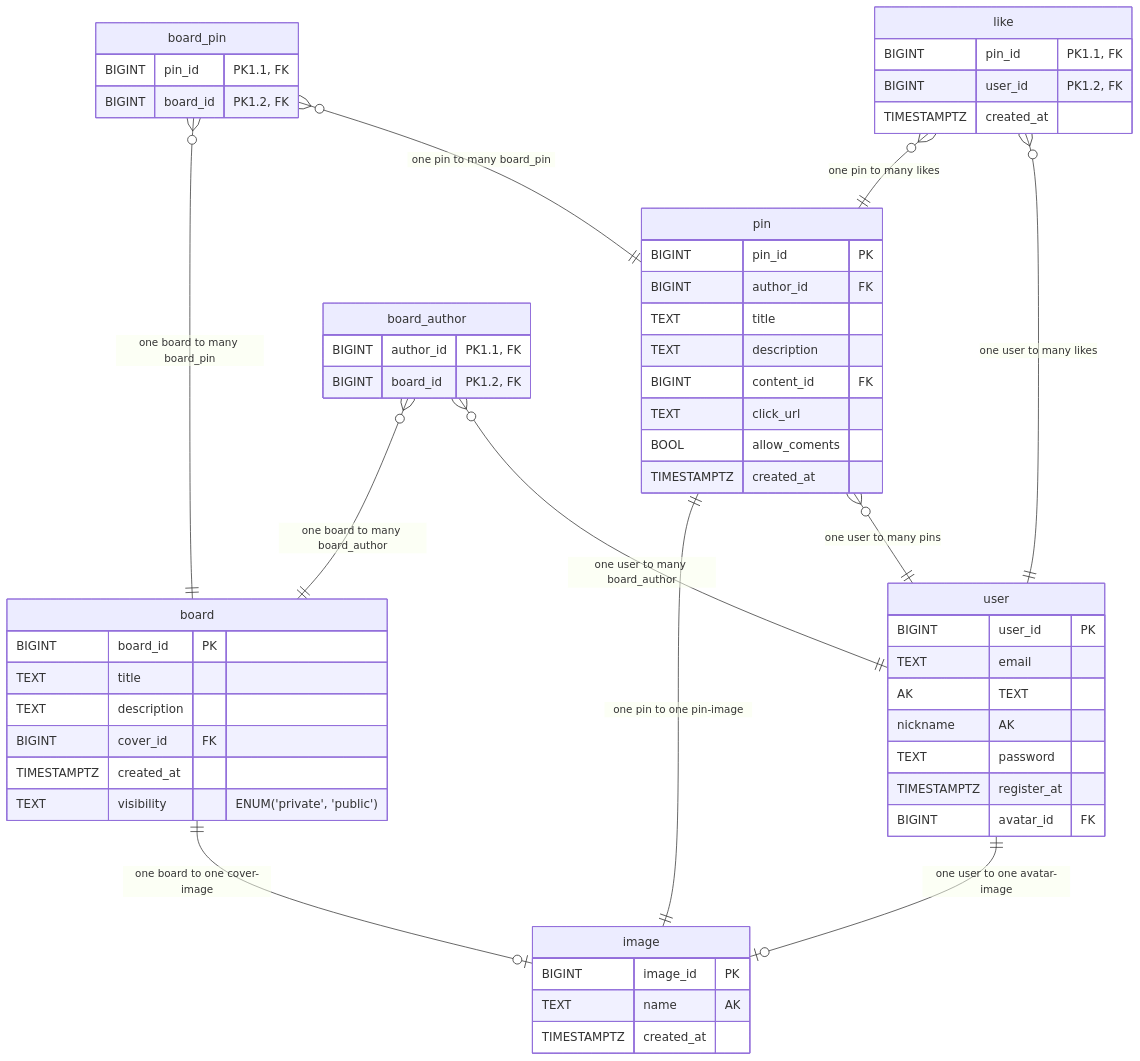
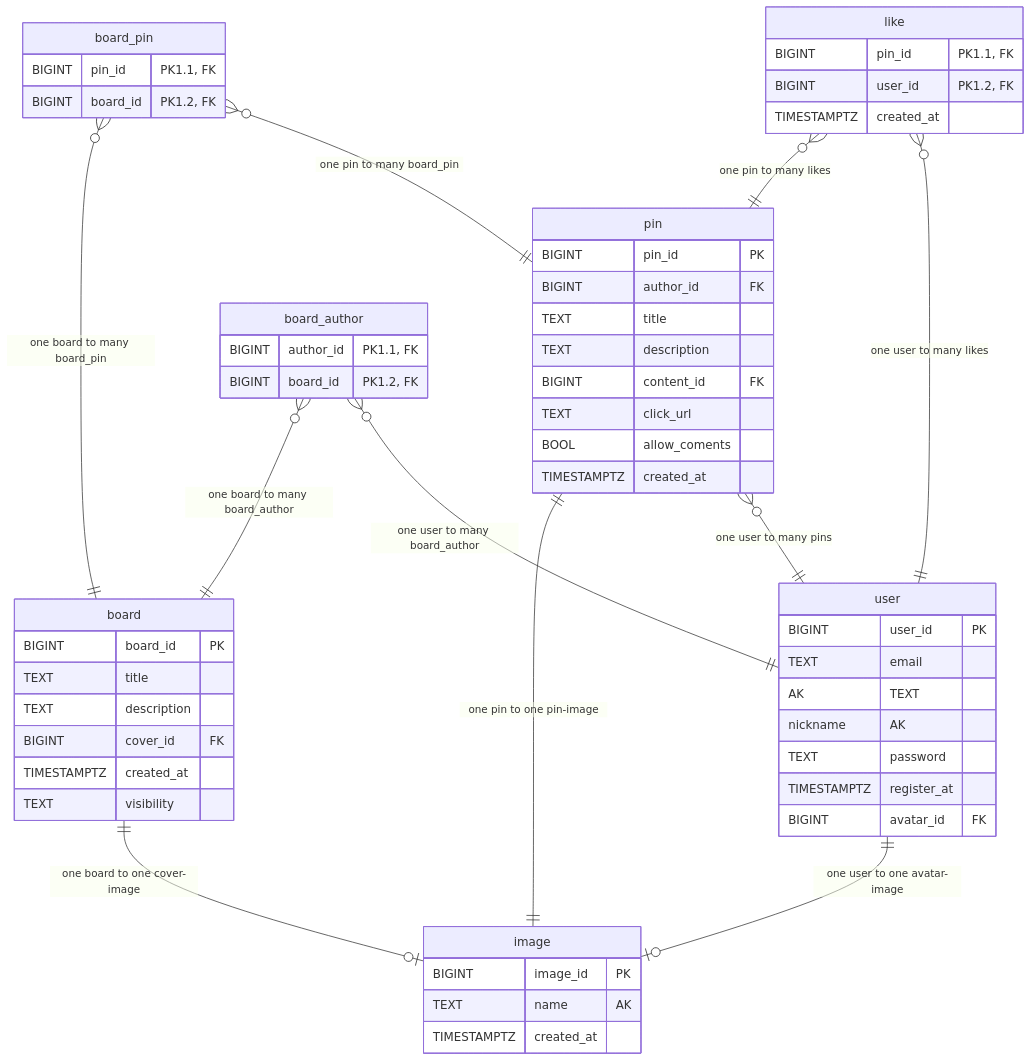
One commit to go-park-mail-ru/2024_1_Harmonica changed the diagram in db/normalized/ERD.md. Above: the diagram before and after it, drawn with Mermaid.

Commit message:
HAR-62: Fix ERDiagram.

````diff
--- a/db/normalized/ERD.md
+++ b/db/normalized/ERD.md
@@ -1,58 +1,58 @@
 ```mermaid
 erDiagram
     user {
         BIGINT user_id PK
         TEXT email AK
         TEXT nickname AK
         TEXT password
         TIMESTAMPTZ register_at
         BIGINT avatar_id FK
     }
     pin {
         BIGINT pin_id PK
         BIGINT author_id FK
         TEXT title
         TEXT description
         BIGINT content_id FK
         TEXT click_url
         BOOL allow_coments
         TIMESTAMPTZ created_at
     }
     board {
         BIGINT board_id PK
         TEXT title
         TEXT description
         BIGINT cover_id FK
         TIMESTAMPTZ created_at
-        TEXT visibility "ENUM('private', 'public')"
+        TEXT visibility
     }
     like {
         BIGINT pin_id "PK1.1, FK"
         BIGINT user_id "PK1.2, FK"
         TIMESTAMPTZ created_at
     }
     board_author {
         BIGINT author_id "PK1.1, FK"
         BIGINT board_id "PK1.2, FK"
     }
     board_pin {
         BIGINT pin_id "PK1.1, FK"
         BIGINT board_id "PK1.2, FK"
     }
     image {
         BIGINT image_id "PK"
         TEXT name "AK"
         TIMESTAMPTZ created_at 
     }
 
     pin o{--|| user : "one user to many pins"
     board_pin o{--|| pin : "one pin to many board_pin"
     board_pin o{--|| board : "one board to many board_pin"
     board_author o{--|| user : "one user to many board_author"
     board_author o{--|| board : "one board to many board_author"
     like o{--|| user : "one user to many likes"
     like o{--|| pin : "one pin to many likes"
     user ||--o| image : "one user to one avatar-image"
     pin ||--|| image : "one pin to one pin-image"
     board ||--o| image : "one board to one cover-image"
 ```
````
